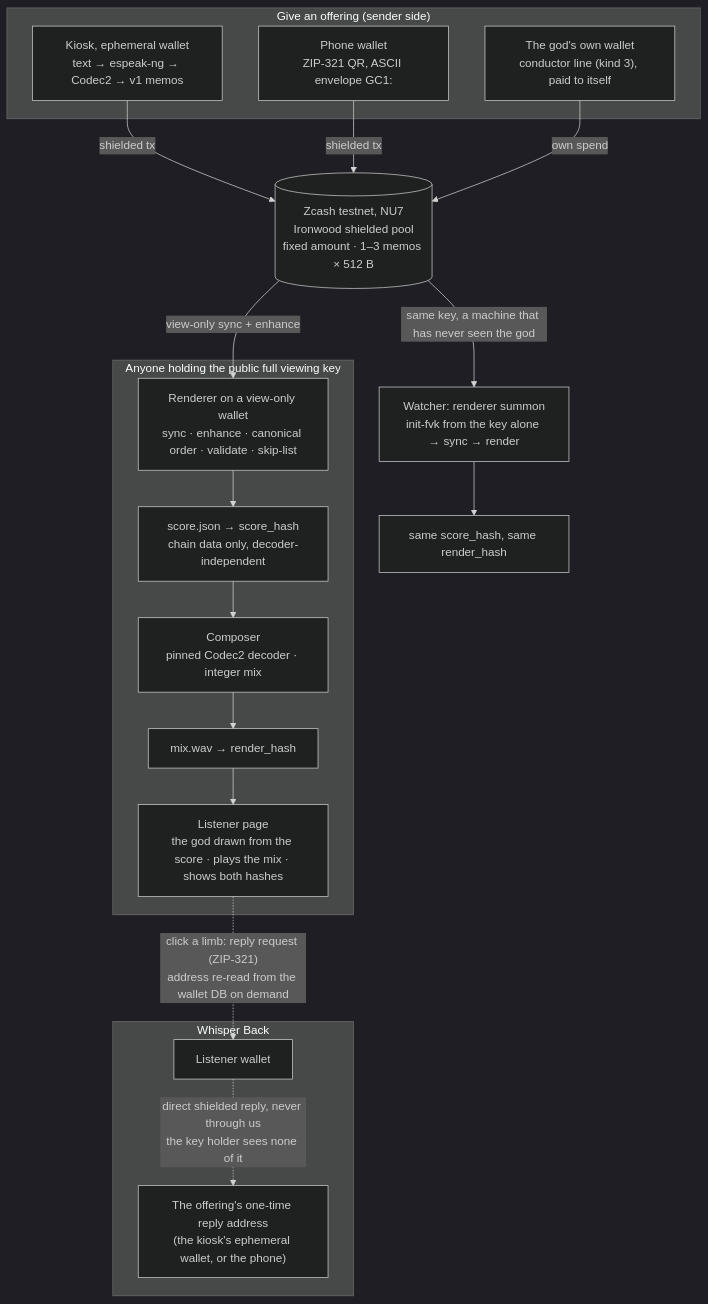
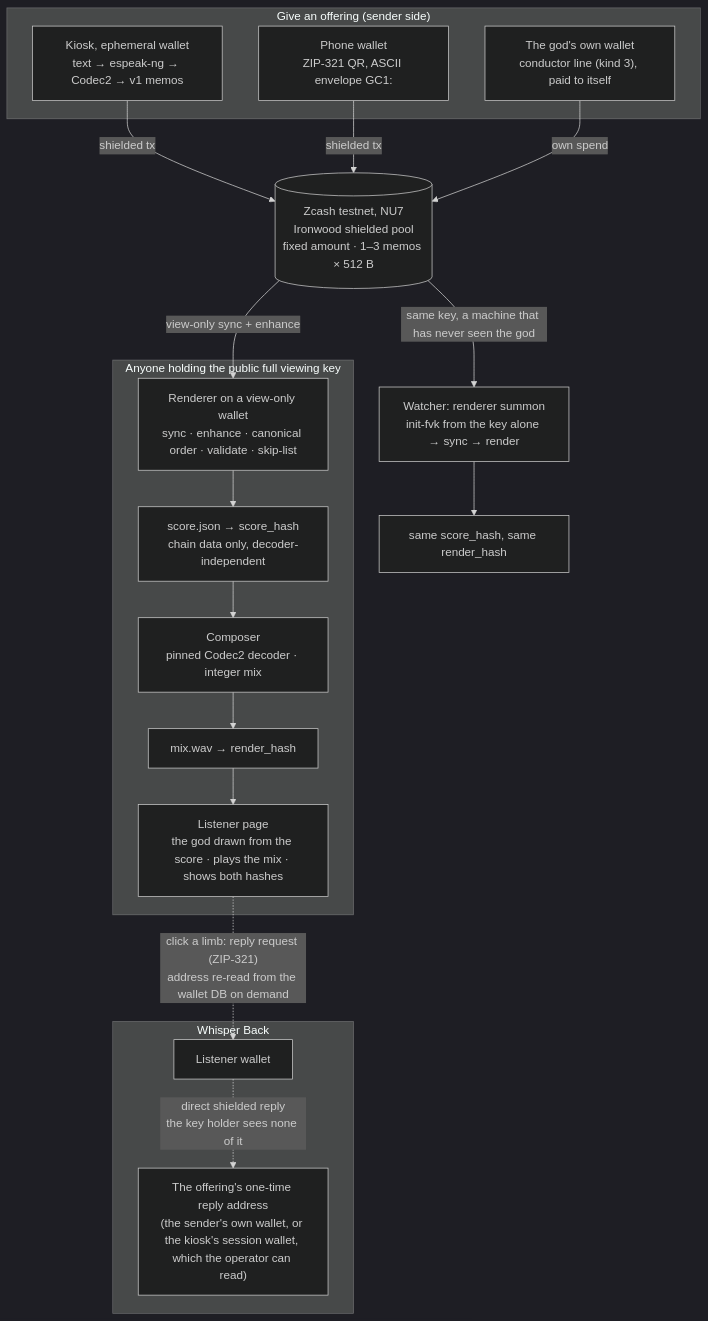
One commit to agadape/choronzon changed the diagram in README.md. Above: the diagram before and after it, drawn with Mermaid (dark theme). The commit also changed other lines of this file and 2 other files, not shown here.

First line of the commit message:
README: exact privacy wording after the audit, the public participation path, key published

````diff
--- a/README.md
+++ b/README.md
@@ -53,27 +53,27 @@
 ```mermaid
 flowchart TB
     subgraph give ["Give an offering (sender side)"]
         K["Kiosk, ephemeral wallet<br/>text → espeak-ng → Codec2 → v1 memos"]
         P["Phone wallet<br/>ZIP-321 QR, ASCII envelope GC1:"]
         B["The god's own wallet<br/>conductor line (kind 3), paid to itself"]
     end
     Z[("Zcash testnet, NU7<br/>Ironwood shielded pool<br/>fixed amount · 1–3 memos × 512 B")]
     K -->|"shielded tx"| Z
     P -->|"shielded tx"| Z
     B -->|"own spend"| Z
     subgraph hear ["Anyone holding the public full viewing key"]
         R["Renderer on a view-only wallet<br/>sync · enhance · canonical order · validate · skip-list"]
         S["score.json → score_hash<br/>chain data only, decoder-independent"]
         C["Composer<br/>pinned Codec2 decoder · integer mix"]
         H["mix.wav → render_hash"]
         W["Listener page<br/>the god drawn from the score · plays the mix · shows both hashes"]
         R --> S --> C --> H --> W
     end
     Z -->|"view-only sync + enhance"| R
     Z -->|"same key, a machine that has never seen the god"| R2["Watcher: renderer summon<br/>init-fvk from the key alone → sync → render"]
     R2 --> H2["same score_hash, same render_hash"]
     subgraph wb ["Whisper Back"]
-        L["Listener wallet"] -.->|"direct shielded reply, never through us<br/>the key holder sees none of it"| A["The offering's one-time reply address<br/>(the kiosk's ephemeral wallet, or the phone)"]
+        L["Listener wallet"] -.->|"direct shielded reply<br/>the key holder sees none of it"| A["The offering's one-time reply address<br/>(the sender's own wallet, or the kiosk's session wallet, which the operator can read)"]
     end
     W -.->|"click a limb: reply request (ZIP-321)<br/>address re-read from the wallet DB on demand"| L
 ```
````
